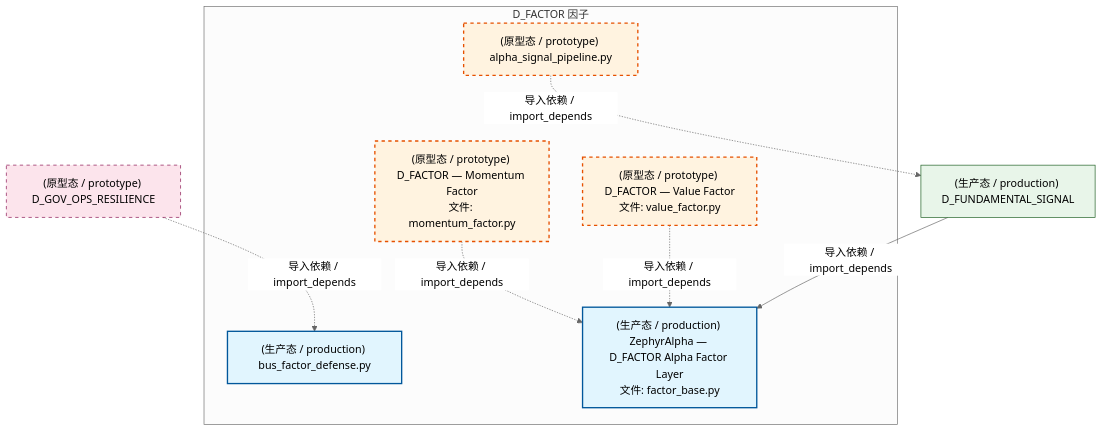
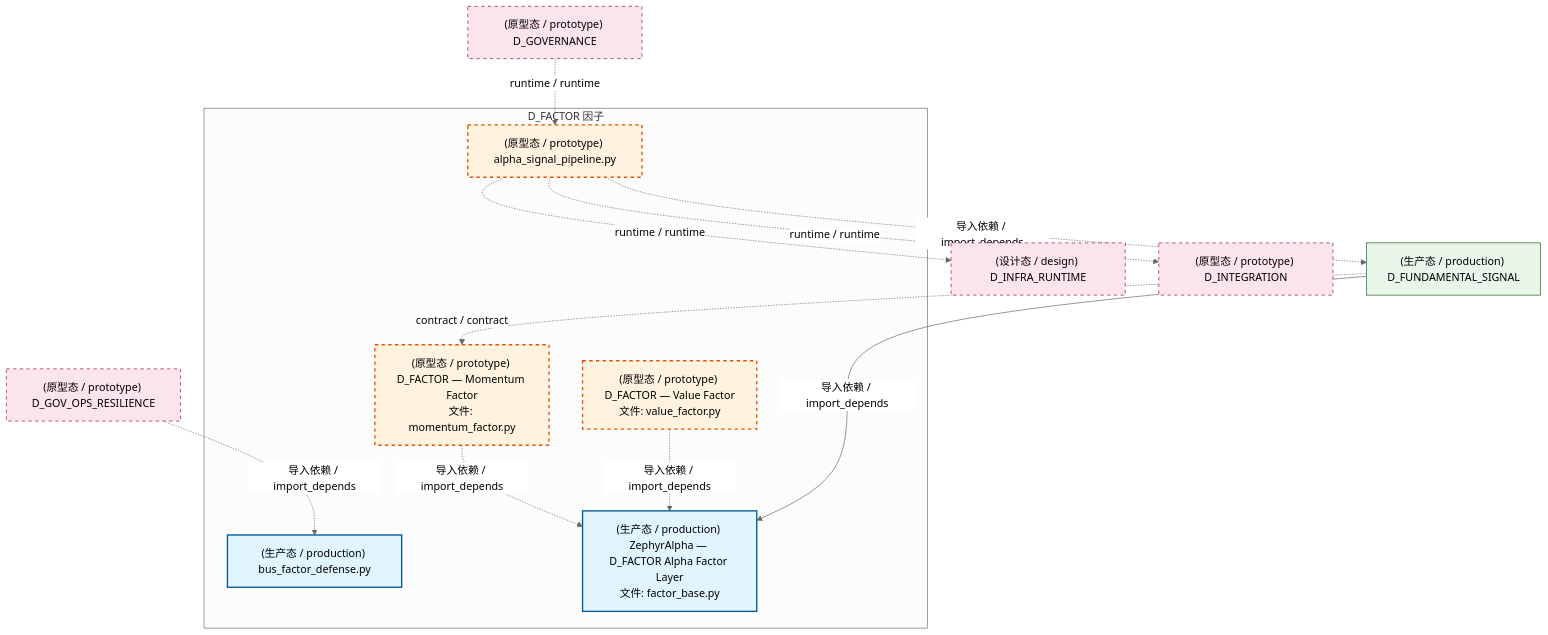
Before and after one commit to xuanFelixVan/ZephyrAlpha: the first of 4 diagrams in docs/02_enterprise_architecture/02_domain_architecture_docs/36_d_factor.md, drawn with Mermaid (neutral theme). The commit also changed other lines of this file and 101 other files, not shown here.

````diff
--- a/docs/02_enterprise_architecture/02_domain_architecture_docs/36_d_factor.md
+++ b/docs/02_enterprise_architecture/02_domain_architecture_docs/36_d_factor.md
@@ -72,25 +72,32 @@
 ```mermaid
 graph TD
     subgraph D_FACTOR["D_FACTOR 因子"]
         src_zephyr_factor_alpha_signal_pipeline_py["(原型态 / prototype) alpha_signal_pipeline.py"]
         src_zephyr_factor_bus_factor_defense_py["(生产态 / production) bus_factor_defense.py"]
         src_zephyr_factor_factor_base_py["(生产态 / production) ZephyrAlpha — D_FACTOR Alpha Factor Layer<br/>文件: factor_base.py"]
         src_zephyr_factor_momentum_factor_py["(原型态 / prototype) D_FACTOR — Momentum Factor<br/>文件: momentum_factor.py"]
         src_zephyr_factor_value_factor_py["(原型态 / prototype) D_FACTOR — Value Factor<br/>文件: value_factor.py"]
     end
     src_zephyr_factor_momentum_factor_py -.->|导入依赖 / import_depends| src_zephyr_factor_factor_base_py
     src_zephyr_factor_value_factor_py -.->|导入依赖 / import_depends| src_zephyr_factor_factor_base_py
+    D_INFRA_RUNTIME["(设计态 / design) D_INFRA_RUNTIME"]
+    src_zephyr_factor_alpha_signal_pipeline_py -.->|runtime / runtime| D_INFRA_RUNTIME
+    D_INTEGRATION["(原型态 / prototype) D_INTEGRATION"]
+    src_zephyr_factor_alpha_signal_pipeline_py -.->|runtime / runtime| D_INTEGRATION
     D_FUNDAMENTAL_SIGNAL["(生产态 / production) D_FUNDAMENTAL_SIGNAL"]
     src_zephyr_factor_alpha_signal_pipeline_py -.->|导入依赖 / import_depends| D_FUNDAMENTAL_SIGNAL
     D_FUNDAMENTAL_SIGNAL -->|导入依赖 / import_depends| src_zephyr_factor_factor_base_py
     D_GOV_OPS_RESILIENCE["(原型态 / prototype) D_GOV_OPS_RESILIENCE"]
     D_GOV_OPS_RESILIENCE -.->|导入依赖 / import_depends| src_zephyr_factor_bus_factor_defense_py
+    D_GOVERNANCE["(原型态 / prototype) D_GOVERNANCE"]
+    D_GOVERNANCE -.->|runtime / runtime| src_zephyr_factor_alpha_signal_pipeline_py
+    D_FUNDAMENTAL_SIGNAL -.->|contract / contract| src_zephyr_factor_momentum_factor_py
     classDef production fill:#e1f5fe,stroke:#01579b,stroke-width:2px,color:#000
     classDef design fill:#fff3e0,stroke:#e65100,stroke-width:2px,color:#000,stroke-dasharray: 5 5
     classDef external_prod fill:#e8f5e9,stroke:#1b5e20,stroke-width:1px,color:#000
     classDef external_design fill:#fce4ec,stroke:#880e4f,stroke-width:1px,color:#000,stroke-dasharray: 5 5
     class src_zephyr_factor_bus_factor_defense_py,src_zephyr_factor_factor_base_py production
     class src_zephyr_factor_alpha_signal_pipeline_py,src_zephyr_factor_momentum_factor_py,src_zephyr_factor_value_factor_py design
     class D_FUNDAMENTAL_SIGNAL external_prod
-    class D_GOV_OPS_RESILIENCE external_design
+    class D_INFRA_RUNTIME,D_INTEGRATION,D_GOV_OPS_RESILIENCE,D_GOVERNANCE external_design
 ```
````
